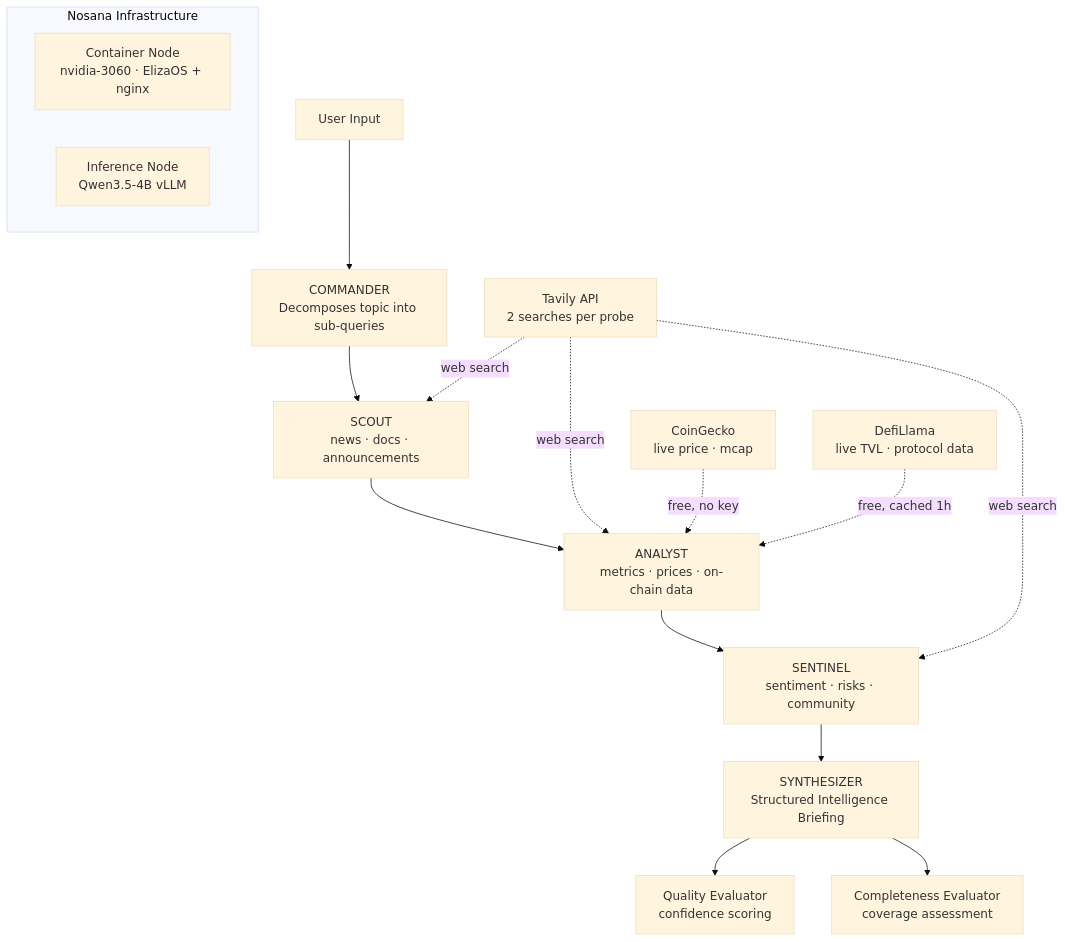
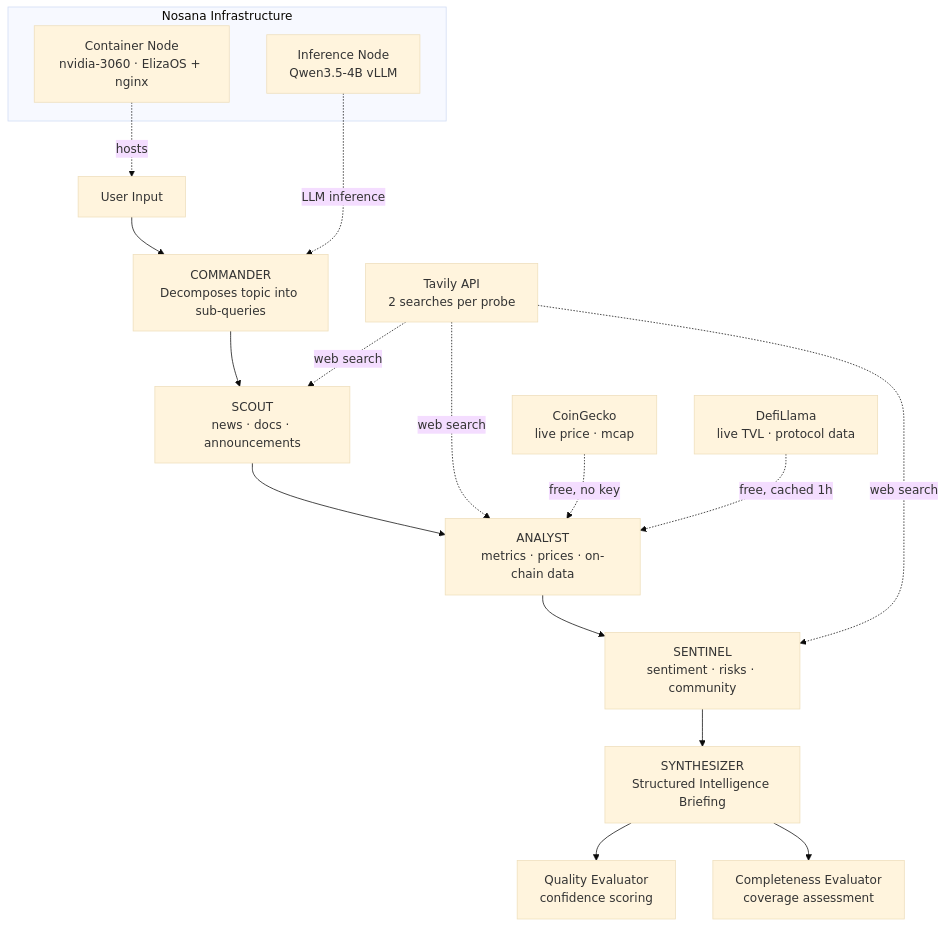
One commit to jordi-stack/agent-challenge changed the diagram in README.md. Above: the diagram before and after it, drawn with Mermaid (base theme).

Commit message:
docs: connect Nosana infra subgraph to main flow in architecture diagram

````diff
--- a/README.md
+++ b/README.md
@@ -11,21 +11,23 @@
 ```mermaid
 graph TD
     U[User Input] --> CMD[COMMANDER\nDecomposes topic into sub-queries]
     CMD --> S[SCOUT\nnews · docs · announcements]
     S --> A[ANALYST\nmetrics · prices · on-chain data]
     A --> SN[SENTINEL\nsentiment · risks · community]
     SN --> SY[SYNTHESIZER\nStructured Intelligence Briefing]
     SY --> QE[Quality Evaluator\nconfidence scoring]
     SY --> CE[Completeness Evaluator\ncoverage assessment]
 
     TAV[Tavily API\n2 searches per probe] -.->|web search| S
     TAV -.->|web search| A
     TAV -.->|web search| SN
     CG[CoinGecko\nlive price · mcap] -.->|free, no key| A
     DL[DefiLlama\nlive TVL · protocol data] -.->|free, cached 1h| A
 
     subgraph Nosana Infrastructure
         NC[Container Node\nnvidia-3060 · ElizaOS + nginx]
         NI[Inference Node\nQwen3.5-4B vLLM]
     end
+    NC -.->|hosts| U
+    NI -.->|LLM inference| CMD
 ```
````
